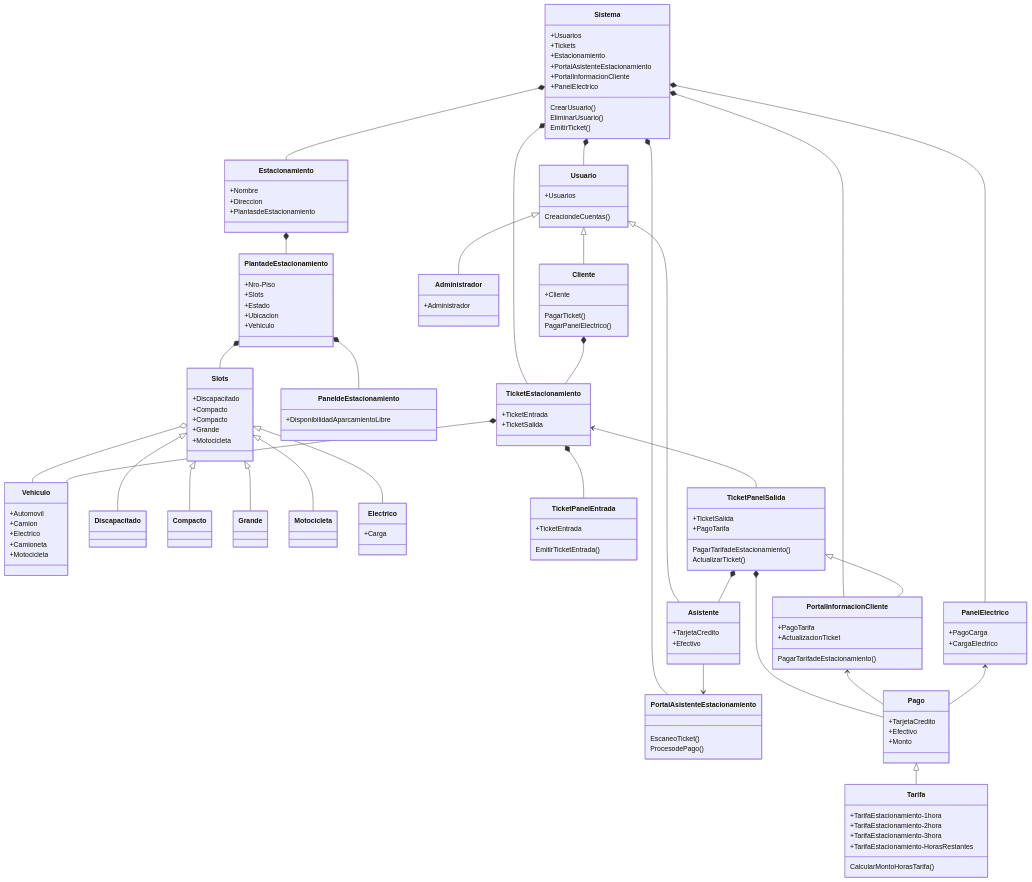
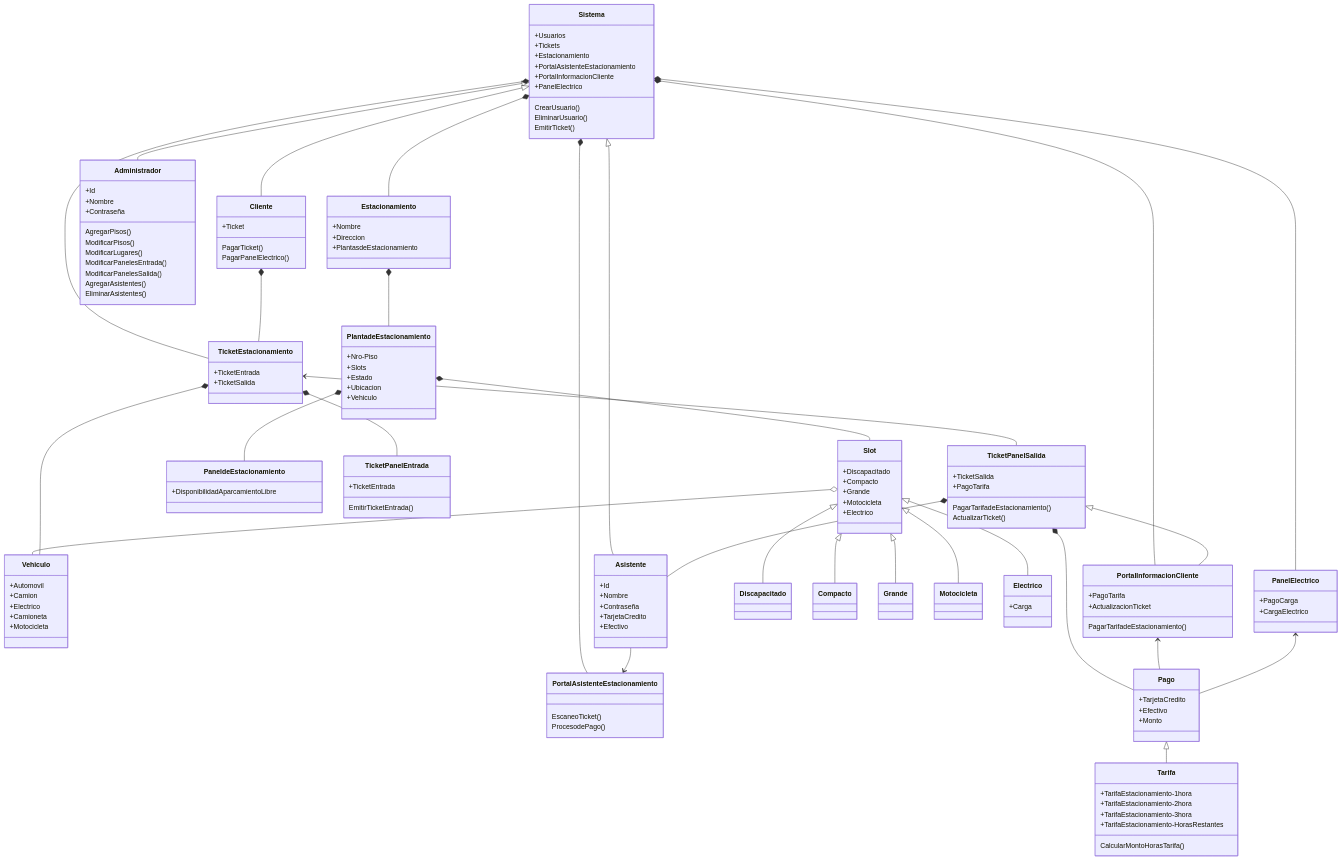
Before and after one commit to 09MauroID/Estacionamiento: the diagram in doc/diagrama.mmd, drawn with Mermaid.

```diff
--- a/doc/diagrama.mmd
+++ b/doc/diagrama.mmd
@@ -1,146 +1,153 @@
 classDiagram
     Estacionamiento *-- PlantadeEstacionamiento
-    PlantadeEstacionamiento *-- Slots
-    Slots o-- Vehiculo
+    PlantadeEstacionamiento *-- Slot
+    Slot o-- Vehiculo
     PlantadeEstacionamiento *-- PaneldeEstacionamiento
     
     Sistema *-- Estacionamiento
-    Sistema *-- Usuario
     Sistema *-- TicketEstacionamiento
     Sistema *-- PortalAsistenteEstacionamiento
     Sistema *-- PortalInformacionCliente
     Sistema *-- PanelElectrico
 
-    Slots <|-- Discapacitado
-    Slots <|-- Compacto
-    Slots <|-- Grande
-    Slots <|-- Motocicleta
-    Slots <|-- Electrico
+    Slot <|-- Discapacitado
+    Slot <|-- Compacto
+    Slot <|-- Grande
+    Slot <|-- Motocicleta
+    Slot <|-- Electrico
     
-    Usuario <|-- Administrador
-    Usuario <|-- Cliente
-    Usuario <|-- Asistente
+    Sistema <|-- Administrador
+    Sistema <|-- Cliente
+    Sistema <|-- Asistente
     
     Asistente --> PortalAsistenteEstacionamiento
 
     Cliente *-- TicketEstacionamiento
 
     TicketEstacionamiento *-- TicketPanelEntrada
     TicketEstacionamiento <-- TicketPanelSalida
     TicketEstacionamiento *-- Vehiculo
 
     TicketPanelSalida *-- Asistente
     TicketPanelSalida *-- Pago
     TicketPanelSalida <|-- PortalInformacionCliente    
 
     PortalInformacionCliente <-- Pago
 
     PanelElectrico <-- Pago
 
     Pago <|-- Tarifa
 
     class Sistema
     Sistema: +Usuarios
     Sistema: +Tickets
     Sistema: +Estacionamiento
     Sistema: +PortalAsistenteEstacionamiento
     Sistema: +PortalInformacionCliente
     Sistema: +PanelElectrico
     Sistema: CrearUsuario()
     Sistema: EliminarUsuario()
     Sistema: EmitirTicket()
 
     class Estacionamiento
     Estacionamiento: +Nombre
     Estacionamiento: +Direccion
     Estacionamiento: +PlantasdeEstacionamiento
 
     class PlantadeEstacionamiento
     PlantadeEstacionamiento: +Nro-Piso
     PlantadeEstacionamiento: +Slots
     PlantadeEstacionamiento: +Estado
     PlantadeEstacionamiento: +Ubicacion
     PlantadeEstacionamiento: +Vehiculo
 
-    class Slots
-    Slots: +Discapacitado
-    Slots: +Compacto
-    Slots: +Compacto
-    Slots: +Grande
-    Slots: +Motocicleta
+    class Slot
+    Slot: +Discapacitado
+    Slot: +Compacto
+    Slot: +Grande
+    Slot: +Motocicleta
+    Slot: +Electrico
     
     class Discapacitado
 
     class Compacto
     
     class Grande
     
     class Motocicleta
     
     class Electrico
     Electrico: +Carga
 
     class Vehiculo
     Vehiculo: +Automovil
     Vehiculo: +Camion
     Vehiculo: +Electrico
     Vehiculo: +Camioneta
     Vehiculo: +Motocicleta
 
-    class Usuario
-    Usuario: +Usuarios
-    Usuario: CreaciondeCuentas()
+    class Administrador
+    Administrador: +Id
+    Administrador: +Nombre
+    Administrador: +Contraseña
+    Administrador: AgregarPisos()
+    Administrador: ModificarPisos()
+    Administrador: ModificarLugares()
+    Administrador: ModificarPanelesEntrada()
+    Administrador: ModificarPanelesSalida()
+    Administrador: AgregarAsistentes()
+    Administrador: EliminarAsistentes()
 
-    class Administrador
-    Administrador: +Administrador
+    class Asistente
+    Asistente: +Id
+    Asistente: +Nombre
+    Asistente: +Contraseña
+    Asistente: +TarjetaCredito
+    Asistente: +Efectivo
     
     class Cliente
-    Cliente: +Cliente
+    Cliente: +Ticket
     Cliente: PagarTicket()
     Cliente: PagarPanelElectrico()
 
     class TicketEstacionamiento
     TicketEstacionamiento: +TicketEntrada
     TicketEstacionamiento: +TicketSalida
 
     class TicketPanelEntrada
     TicketPanelEntrada: +TicketEntrada
     TicketPanelEntrada: EmitirTicketEntrada()
 
     class TicketPanelSalida
     TicketPanelSalida: +TicketSalida
     TicketPanelSalida: +PagoTarifa
     TicketPanelSalida: PagarTarifadeEstacionamiento()
     TicketPanelSalida: ActualizarTicket()
 
     class Pago
     Pago: +TarjetaCredito
     Pago: +Efectivo
     Pago: +Monto
 
     class Tarifa
     Tarifa: +TarifaEstacionamiento-1hora
     Tarifa: +TarifaEstacionamiento-2hora
     Tarifa: +TarifaEstacionamiento-3hora
     Tarifa: +TarifaEstacionamiento-HorasRestantes
     Tarifa: CalcularMontoHorasTarifa()
 
     class PaneldeEstacionamiento
     PaneldeEstacionamiento: +DisponibilidadAparcamientoLibre
 
     class PortalAsistenteEstacionamiento
     PortalAsistenteEstacionamiento: EscaneoTicket()
     PortalAsistenteEstacionamiento: ProcesodePago()
 
     class PortalInformacionCliente
     PortalInformacionCliente: +PagoTarifa
     PortalInformacionCliente: +ActualizacionTicket
     PortalInformacionCliente: PagarTarifadeEstacionamiento()
 
     class PanelElectrico
     PanelElectrico: +PagoCarga
     PanelElectrico: +CargaElectrico
-
-    class Asistente
-    Asistente: +TarjetaCredito
-    Asistente: +Efectivo
```
